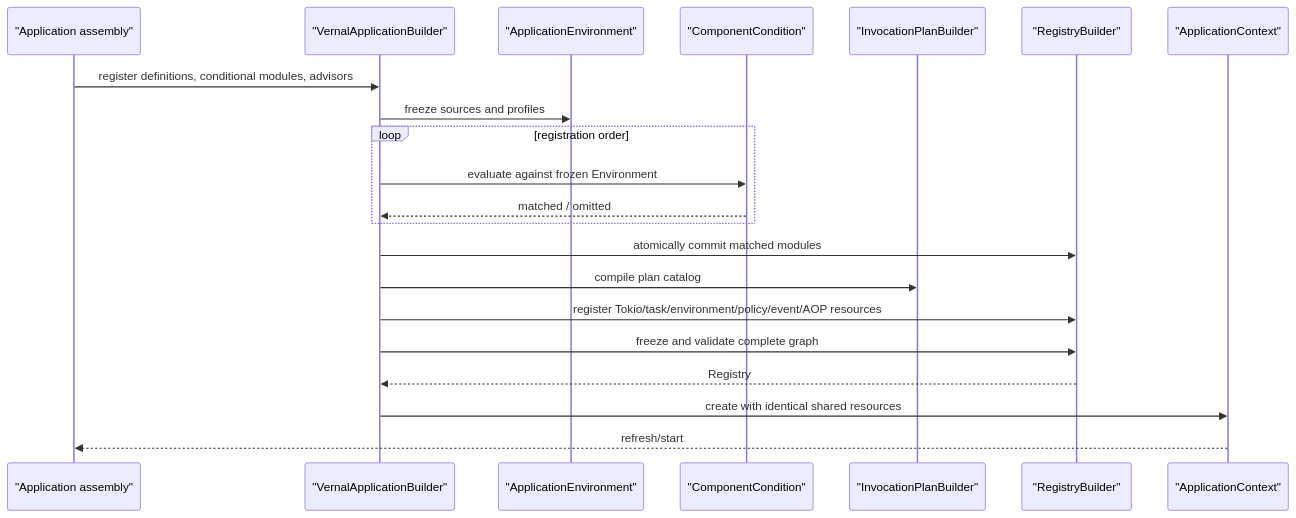
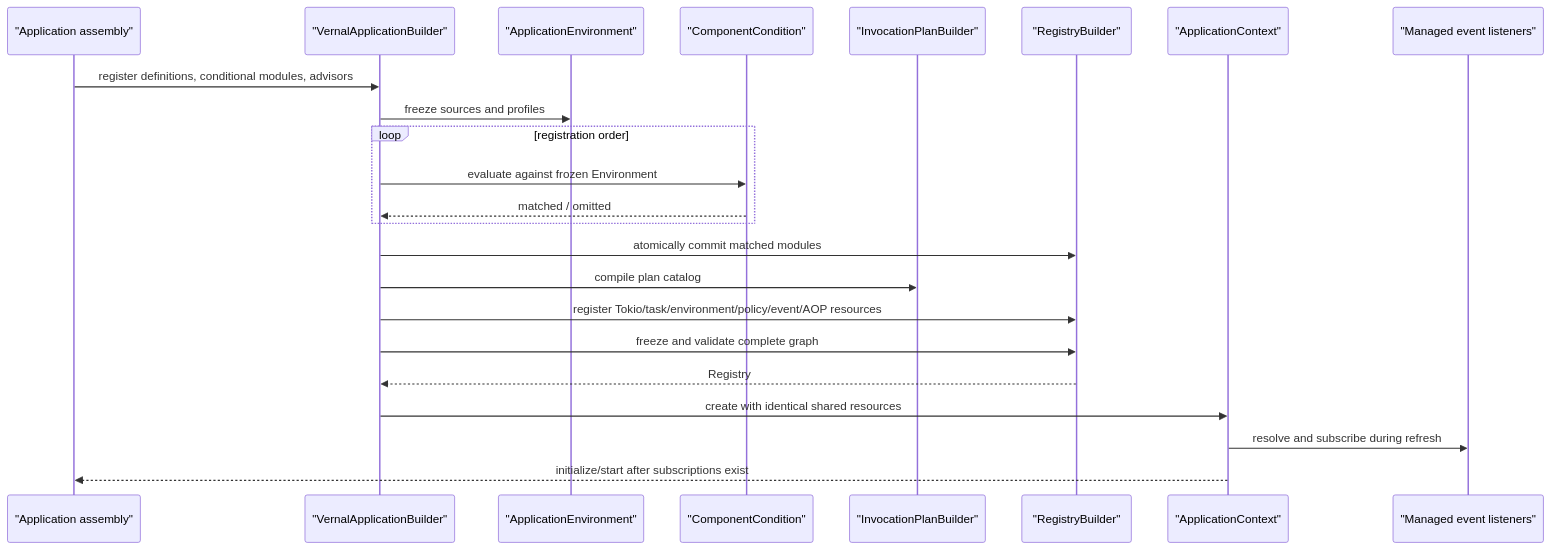
Diagram 15 of 24 in docs/Vernal-Architecture.md (easy-4-rust/vernal), drawn with Mermaid before and after one commit. The commit also changed other lines of this file and 27 other files, not shown here.

Commit message:
feat(context): manage typed event listeners

````diff
--- a/docs/Vernal-Architecture.md
+++ b/docs/Vernal-Architecture.md
@@ -1063,24 +1063,26 @@
 ```mermaid
 sequenceDiagram
     participant App as "Application assembly"
     participant Builder as "VernalApplicationBuilder"
     participant Environment as "ApplicationEnvironment"
     participant Condition as "ComponentCondition"
     participant AOP as "InvocationPlanBuilder"
     participant Graph as "RegistryBuilder"
     participant Context as "ApplicationContext"
+    participant Listener as "Managed event listeners"
 
     App->>Builder: register definitions, conditional modules, advisors
     Builder->>Environment: freeze sources and profiles
     loop registration order
         Builder->>Condition: evaluate against frozen Environment
         Condition-->>Builder: matched / omitted
     end
     Builder->>Graph: atomically commit matched modules
     Builder->>AOP: compile plan catalog
     Builder->>Graph: register Tokio/task/environment/policy/event/AOP resources
     Builder->>Graph: freeze and validate complete graph
     Graph-->>Builder: Registry
     Builder->>Context: create with identical shared resources
-    Context-->>App: refresh/start
+    Context->>Listener: resolve and subscribe during refresh
+    Context-->>App: initialize/start after subscriptions exist
 ```
````
